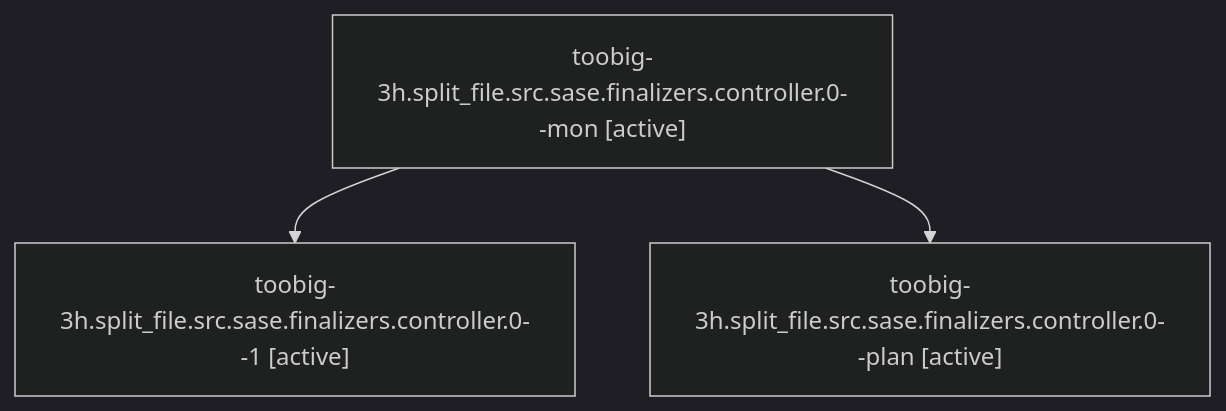
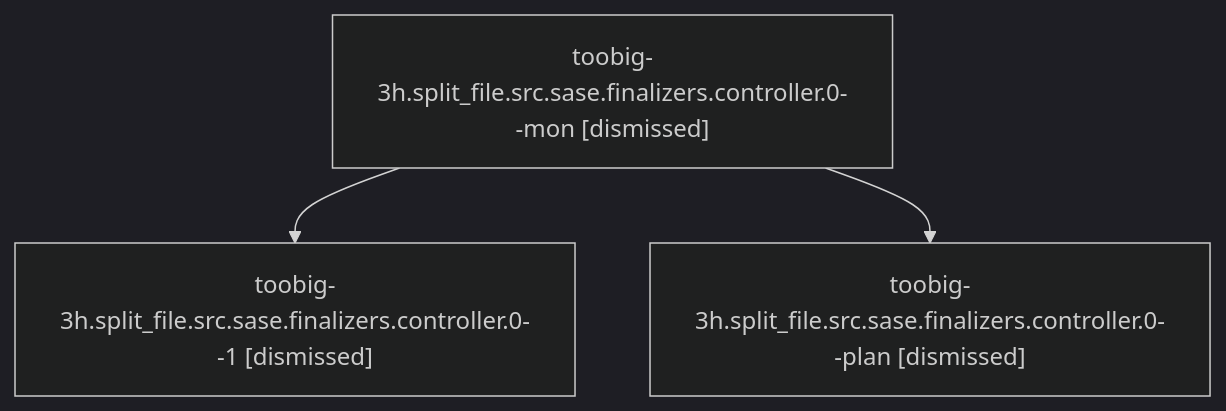
The diagram in sessions/bbugyi200.athena.toobig-3h.split_file.src.sase.finalizers.controller.0.md (sase-org/sase--agents), drawn with Mermaid (dark theme) before and after one commit. The commit also changed other lines of this file and 138 other files, not shown here.

````diff
--- a/sessions/bbugyi200.athena.toobig-3h.split_file.src.sase.finalizers.controller.0.md
+++ b/sessions/bbugyi200.athena.toobig-3h.split_file.src.sase.finalizers.controller.0.md
@@ -9,8 +9,8 @@
 ```mermaid
 flowchart TD
-  n0["toobig-3h.split_file.src.sase.finalizers.controller.0--mon [active]"]
-  n1["toobig-3h.split_file.src.sase.finalizers.controller.0--1 [active]"]
+  n0["toobig-3h.split_file.src.sase.finalizers.controller.0--mon [dismissed]"]
+  n1["toobig-3h.split_file.src.sase.finalizers.controller.0--1 [dismissed]"]
   n0 --> n1
-  n2["toobig-3h.split_file.src.sase.finalizers.controller.0--plan [active]"]
+  n2["toobig-3h.split_file.src.sase.finalizers.controller.0--plan [dismissed]"]
   n0 --> n2
 ```
````
